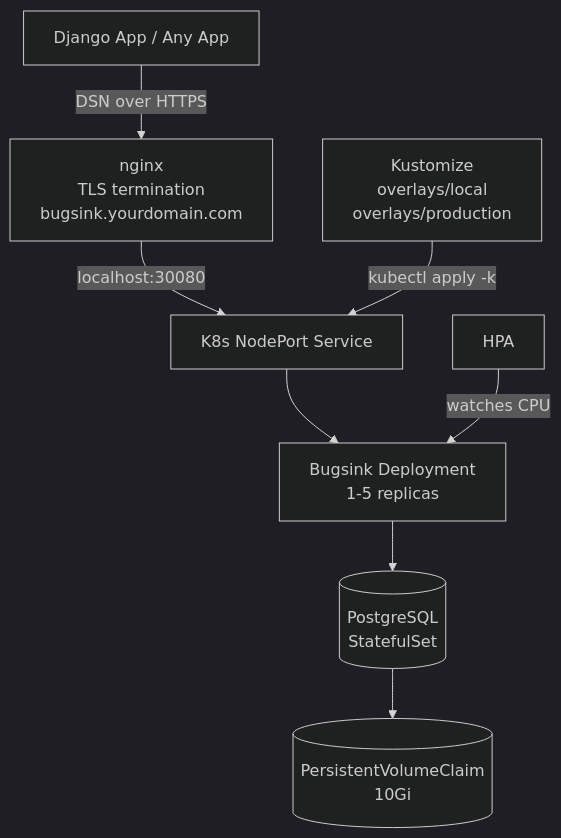
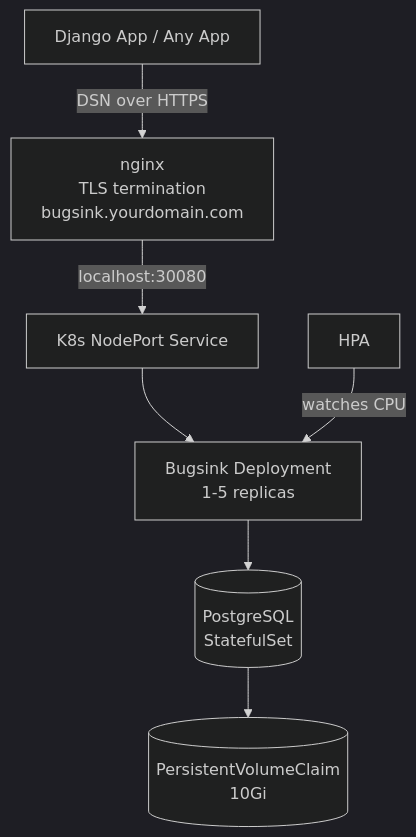
The first of 2 diagrams in README.md (Alig1493/bugsink-self-hosted), drawn with Mermaid (dark theme) before and after one commit. The commit also changed other lines of this file and 5 other files, not shown here.

````diff
--- a/README.md
+++ b/README.md
@@ -7,10 +8,9 @@
 ```mermaid
 flowchart TD
     A[Django App / Any App] -->|DSN over HTTPS| B[nginx\nTLS termination\nbugsink.yourdomain.com]
     B -->|localhost:30080| C[K8s NodePort Service]
     C --> D[Bugsink Deployment\n1-5 replicas]
     D --> E[(PostgreSQL\nStatefulSet)]
     E --> F[(PersistentVolumeClaim\n10Gi)]
     G[HPA] -->|watches CPU| D
-    H[Kustomize\noverlays/local\noverlays/production] -->|kubectl apply -k| C
 ```
````
